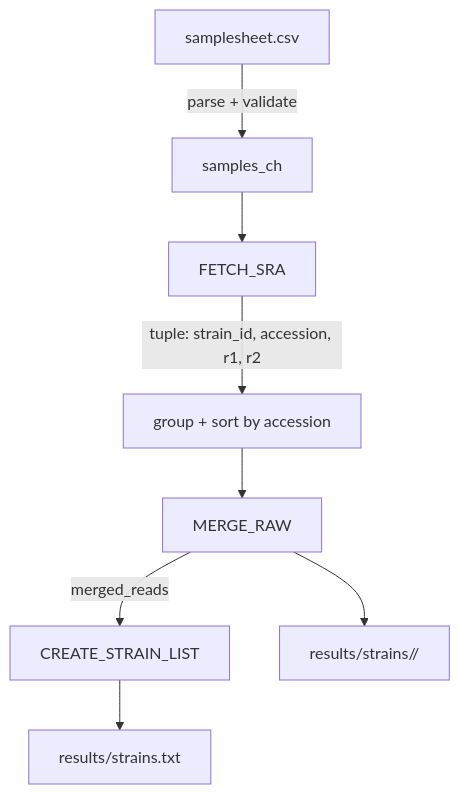
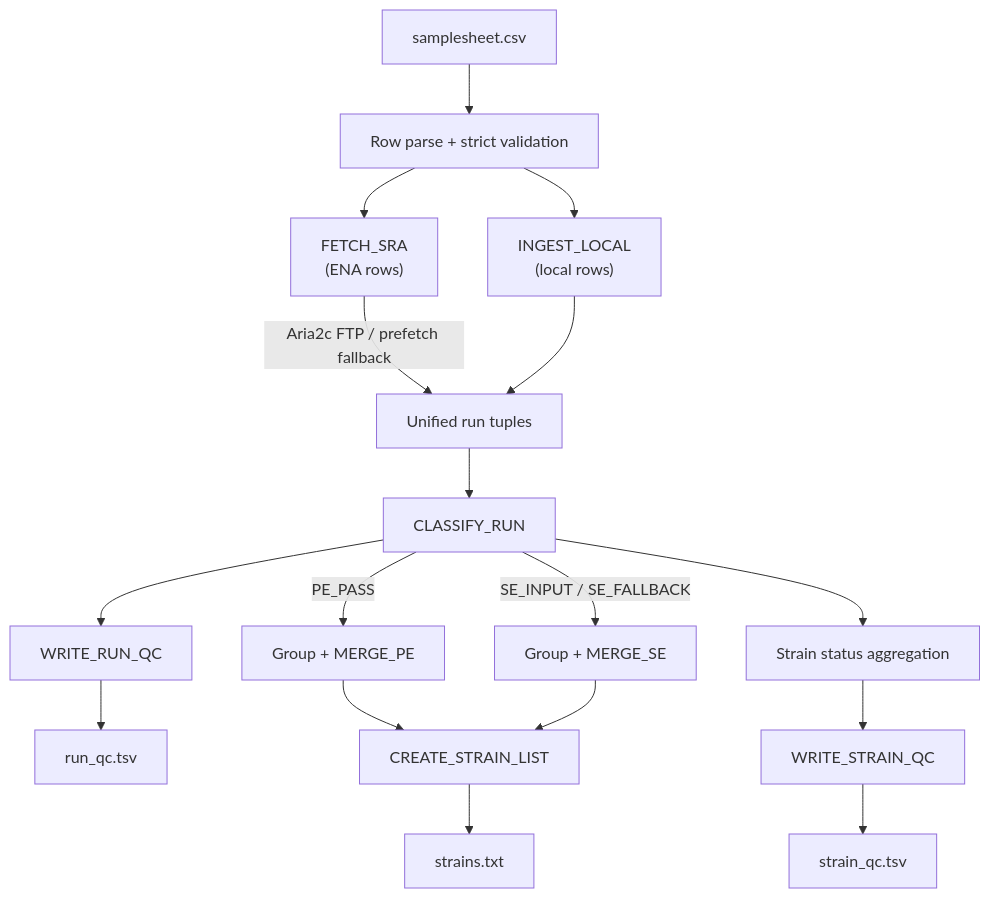
One commit to hanzala-14/saccharomyces-genomics-pipeline changed the diagram in docs/MODULE_1_DATA_ACQUISITION.md. Above: the diagram before and after it, drawn with Mermaid. The commit also changed other lines of this file and 20 other files, not shown here.

````diff
--- a/docs/MODULE_1_DATA_ACQUISITION.md
+++ b/docs/MODULE_1_DATA_ACQUISITION.md
@@ -28,10 +80,18 @@
 ```mermaid
 flowchart TD
-    A[samplesheet.csv] -->|parse + validate| B[samples_ch]
-    B --> C[FETCH_SRA]
-    C -->|tuple: strain_id, accession, r1, r2| D[group + sort by accession]
-    D --> E[MERGE_RAW]
-    E -->|merged_reads| F[CREATE_STRAIN_LIST]
-    E --> G[results/strains/<strain_id>/]
-    F --> H[results/strains.txt]
+    A["samplesheet.csv"] --> B["Row parse + strict validation"]
+    B --> C1["FETCH_SRA<br/>(ENA rows)"]
+    B --> C2["INGEST_LOCAL<br/>(local rows)"]
+    C1 -->|Aria2c FTP / prefetch fallback| D["Unified run tuples"]
+    C2 --> D
+    D --> E["CLASSIFY_RUN"]
+    E -->|PE_PASS| F["Group + MERGE_PE"]
+    E -->|SE_INPUT / SE_FALLBACK| G["Group + MERGE_SE"]
+    E --> H["WRITE_RUN_QC"] --> H_OUT["run_qc.tsv"]
+    E --> I["Strain status aggregation"]
+    I --> J["WRITE_STRAIN_QC"] --> J_OUT["strain_qc.tsv"]
+    F --> K["CREATE_STRAIN_LIST"] --> K_OUT["strains.txt"]
+    G --> K
+
+
 ```
````
